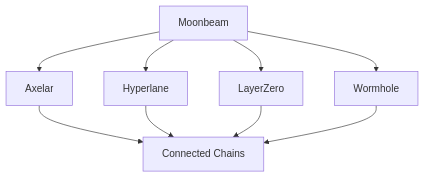
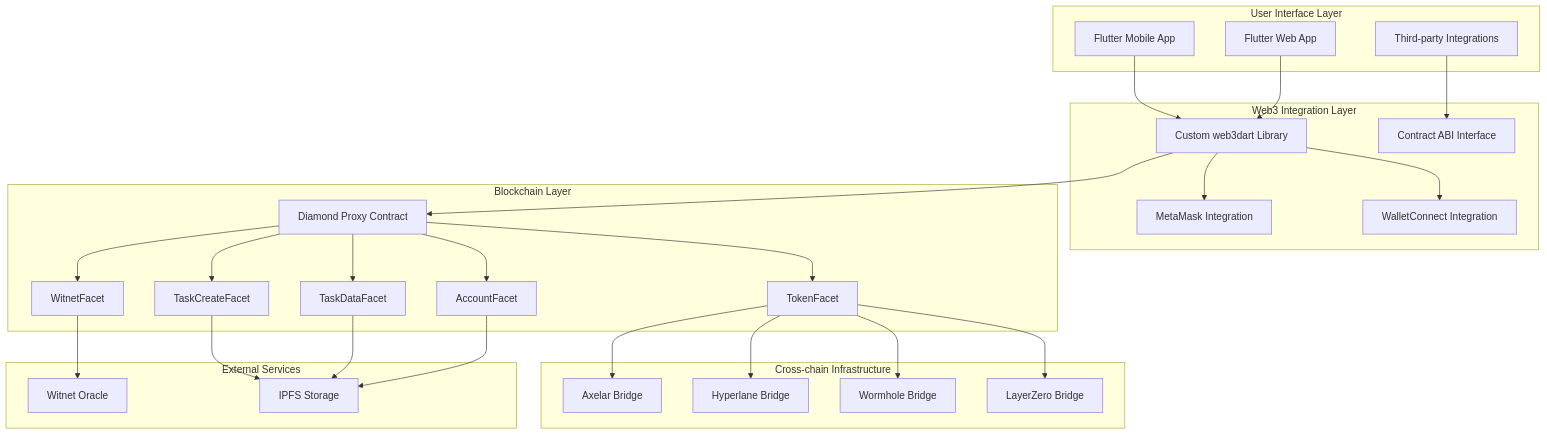
Before and after one commit to devopsdao/dodao-docusaurus: the first of 2 diagrams in docs/technical/architecture-overview.md, drawn with Mermaid. The commit also changed other lines of this file and 257 other files, not shown here.

````diff
--- a/docs/technical/architecture-overview.md
+++ b/docs/technical/architecture-overview.md
@@ -80,11 +51,56 @@
 ```mermaid
-graph TD
-    A[Moonbeam] --> B[Axelar]
-    A --> C[Hyperlane]
-    A --> D[LayerZero]
-    A --> E[Wormhole]
-    B --> F[Connected Chains]
-    C --> F
+graph TB
+    subgraph "User Interface Layer"
+        A[Flutter Mobile App]
+        B[Flutter Web App]
+        C[Third-party Integrations]
+    end
+    
+    subgraph "Web3 Integration Layer"
+        D[Custom web3dart Library]
+        E[MetaMask Integration]
+        F[WalletConnect Integration]
+        G[Contract ABI Interface]
+    end
+    
+    subgraph "Blockchain Layer"
+        H[Diamond Proxy Contract]
+        I[TaskCreateFacet]
+        J[TaskDataFacet]
+        K[AccountFacet]
+        L[TokenFacet]
+        M[WitnetFacet]
+    end
+    
+    subgraph "Cross-chain Infrastructure"
+        N[Axelar Bridge]
+        O[Hyperlane Bridge]
+        P[Wormhole Bridge]
+        Q[LayerZero Bridge]
+    end
+    
+    subgraph "External Services"
+        R[Witnet Oracle]
+        S[IPFS Storage]
+    end
+    
+    A --> D
+    B --> D
+    C --> G
+    D --> E
     D --> F
-    E --> F
+    D --> H
+    H --> I
+    H --> J
+    H --> K
+    H --> L
+    H --> M
+    L --> N
+    L --> O
+    L --> P
+    L --> Q
+    M --> R
+    I --> S
+    J --> S
+    K --> S
 ```
````
